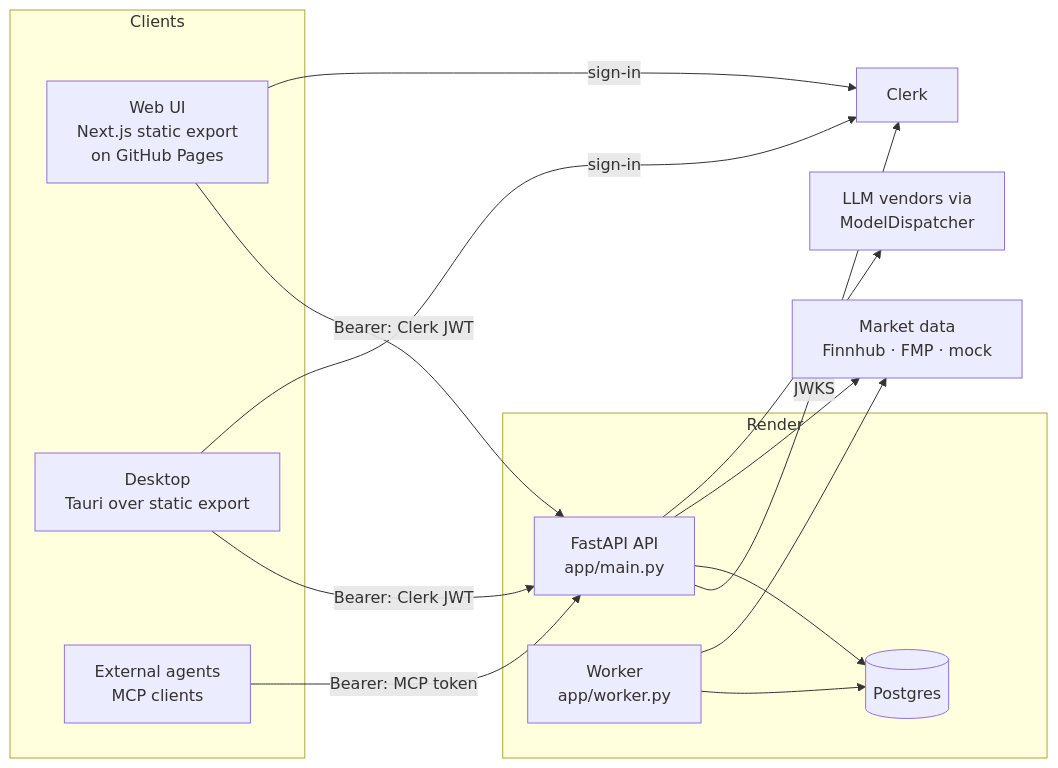
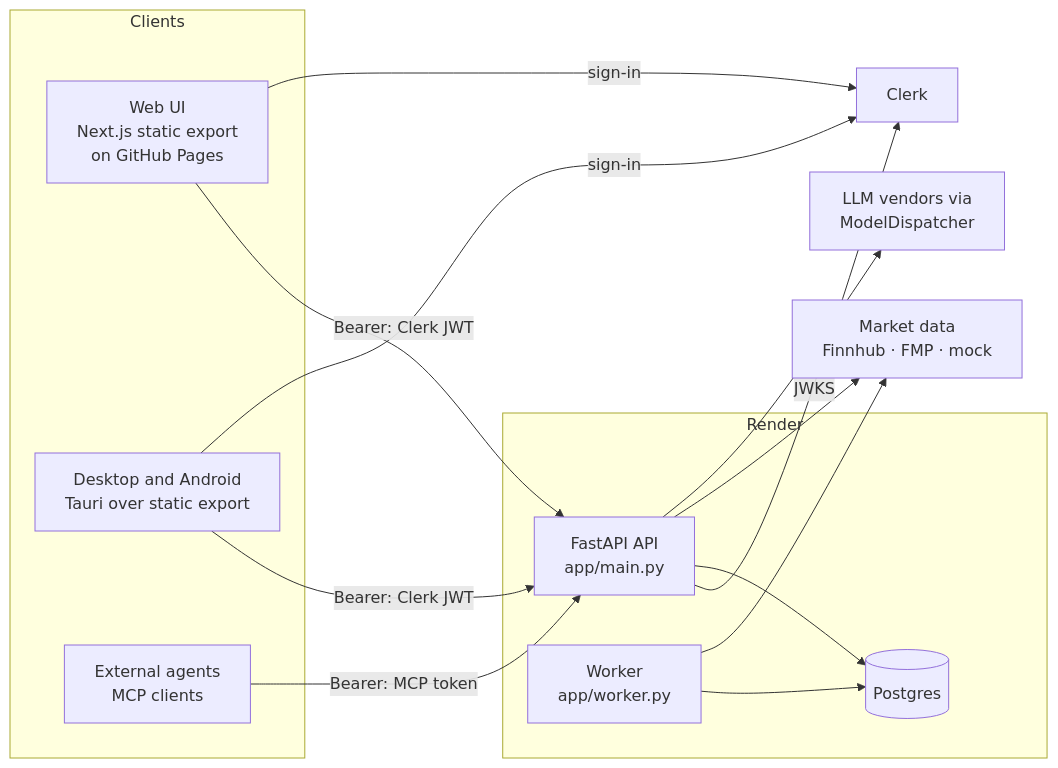
The first of 2 diagrams in docs/HLD.md (joka-7/MoatMine), drawn with Mermaid before and after one commit. The commit also changed other lines of this file and 7 other files, not shown here.

First line of the commit message:
ci(release): publish desktop installers and an Android APK automatically

````diff
--- a/docs/HLD.md
+++ b/docs/HLD.md
@@ -55,27 +55,27 @@
 ```mermaid
 flowchart LR
   subgraph Clients
     W[Web UI<br/>Next.js static export<br/>on GitHub Pages]
-    D[Desktop<br/>Tauri over static export]
+    D[Desktop and Android<br/>Tauri over static export]
     X[External agents<br/>MCP clients]
   end
   subgraph Render
     API[FastAPI API<br/>app/main.py]
     WK[Worker<br/>app/worker.py]
     PG[(Postgres)]
   end
   CL[Clerk]
   MD[Market data<br/>Finnhub · FMP · mock]
   AI[LLM vendors via<br/>ModelDispatcher]
 
   W -->|Bearer: Clerk JWT| API
   D -->|Bearer: Clerk JWT| API
   W & D -->|sign-in| CL
   API -->|JWKS| CL
   X -->|Bearer: MCP token| API
   API --> PG
   WK --> PG
   API --> MD
   WK --> MD
   API --> AI
 ```
````
